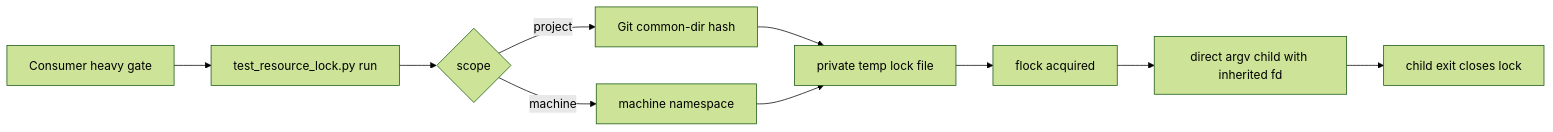
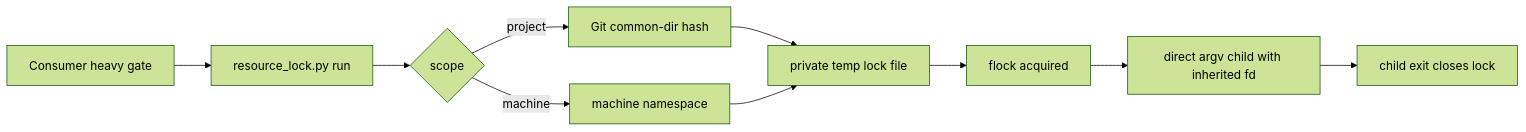
One commit to antoniofulg/my-workflow changed the diagram in .specs/features/configurable-test-lock/design.md. Above: the diagram before and after it, drawn with Mermaid (forest theme). The commit also changed other lines of this file and 8 other files, not shown here.

Commit message:
fix(parallel): close test lock verification gaps

````diff
--- a/.specs/features/configurable-test-lock/design.md
+++ b/.specs/features/configurable-test-lock/design.md
@@ -12,12 +12,12 @@
 ```mermaid
 flowchart LR
-    A[Consumer heavy gate] --> B[test_resource_lock.py run]
+    A[Consumer heavy gate] --> B[resource_lock.py run]
     B --> C{scope}
     C -->|project| D[Git common-dir hash]
     C -->|machine| E[machine namespace]
     D --> F[private temp lock file]
     E --> F
     F --> G[flock acquired]
     G --> H[direct argv child with inherited fd]
     H --> I[child exit closes lock]
 ```
````
